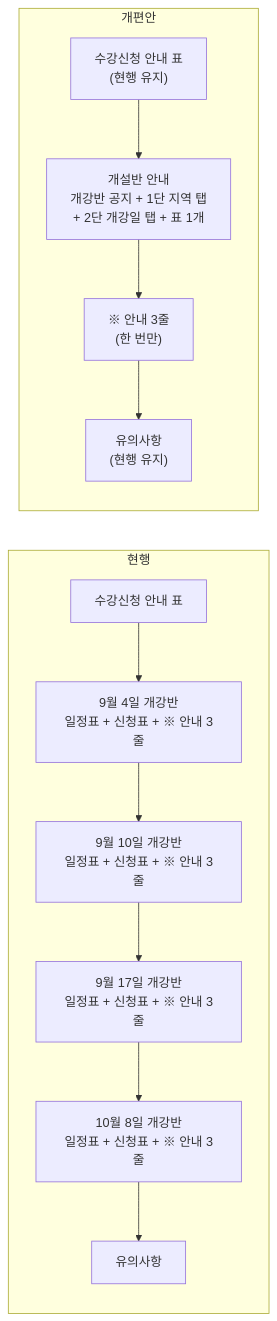
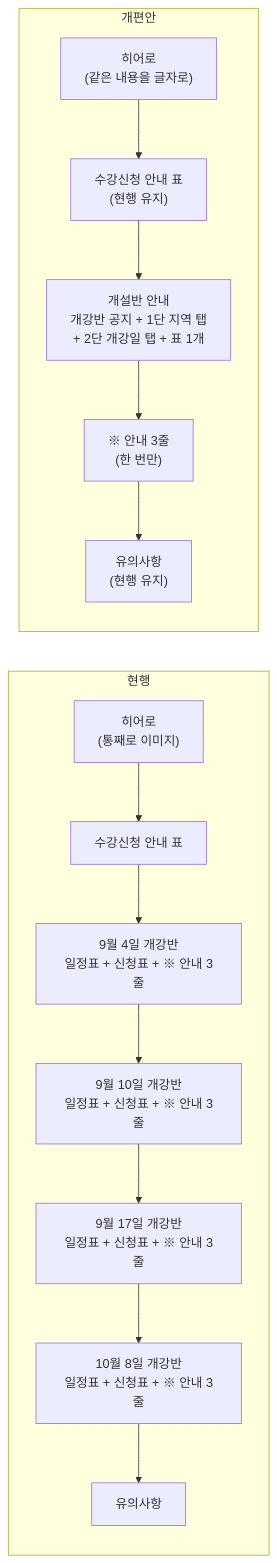
Before and after one commit to juhuikim-baeoom/baeron-practice-page-redesign: the first of 2 diagrams in docs/superpowers/specs/2026-08-20-사회복지현장실습-페이지-개편-design.md, drawn with Mermaid. The commit also changed other lines of this file and 2 other files, not shown here.

First line of the commit message:
feat: 히어로 섹션 추가, 이미지 안에만 있던 안내를 글자로

````diff
--- a/docs/superpowers/specs/2026-08-20-사회복지현장실습-페이지-개편-design.md
+++ b/docs/superpowers/specs/2026-08-20-사회복지현장실습-페이지-개편-design.md
@@ -175,15 +174,17 @@
 ```mermaid
 flowchart LR
     subgraph AS["현행"]
-        A1["수강신청 안내 표"] --> A2["9월 4일 개강반<br/>일정표 + 신청표 + ※ 안내 3줄"]
+        A0["히어로<br/>(통째로 이미지)"] --> A1["수강신청 안내 표"]
+        A1 --> A2["9월 4일 개강반<br/>일정표 + 신청표 + ※ 안내 3줄"]
         A2 --> A3["9월 10일 개강반<br/>일정표 + 신청표 + ※ 안내 3줄"]
         A3 --> A4["9월 17일 개강반<br/>일정표 + 신청표 + ※ 안내 3줄"]
         A4 --> A5["10월 8일 개강반<br/>일정표 + 신청표 + ※ 안내 3줄"]
         A5 --> A6["유의사항"]
     end
     subgraph BS["개편안"]
-        B1["수강신청 안내 표<br/>(현행 유지)"] --> B2["개설반 안내<br/>개강반 공지 + 1단 지역 탭<br/>+ 2단 개강일 탭 + 표 1개"]
+        B0["히어로<br/>(같은 내용을 글자로)"] --> B1["수강신청 안내 표<br/>(현행 유지)"]
+        B1 --> B2["개설반 안내<br/>개강반 공지 + 1단 지역 탭<br/>+ 2단 개강일 탭 + 표 1개"]
         B2 --> B3["※ 안내 3줄<br/>(한 번만)"]
         B3 --> B4["유의사항<br/>(현행 유지)"]
     end
 ```
````
